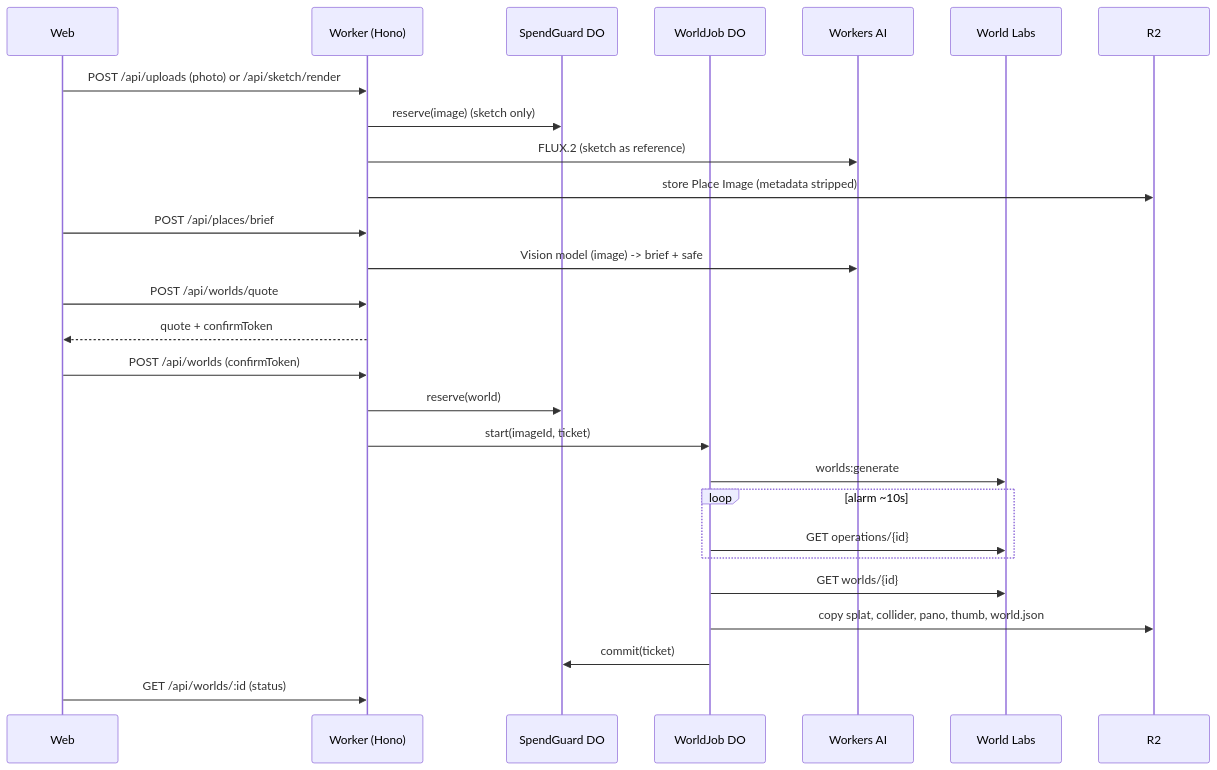
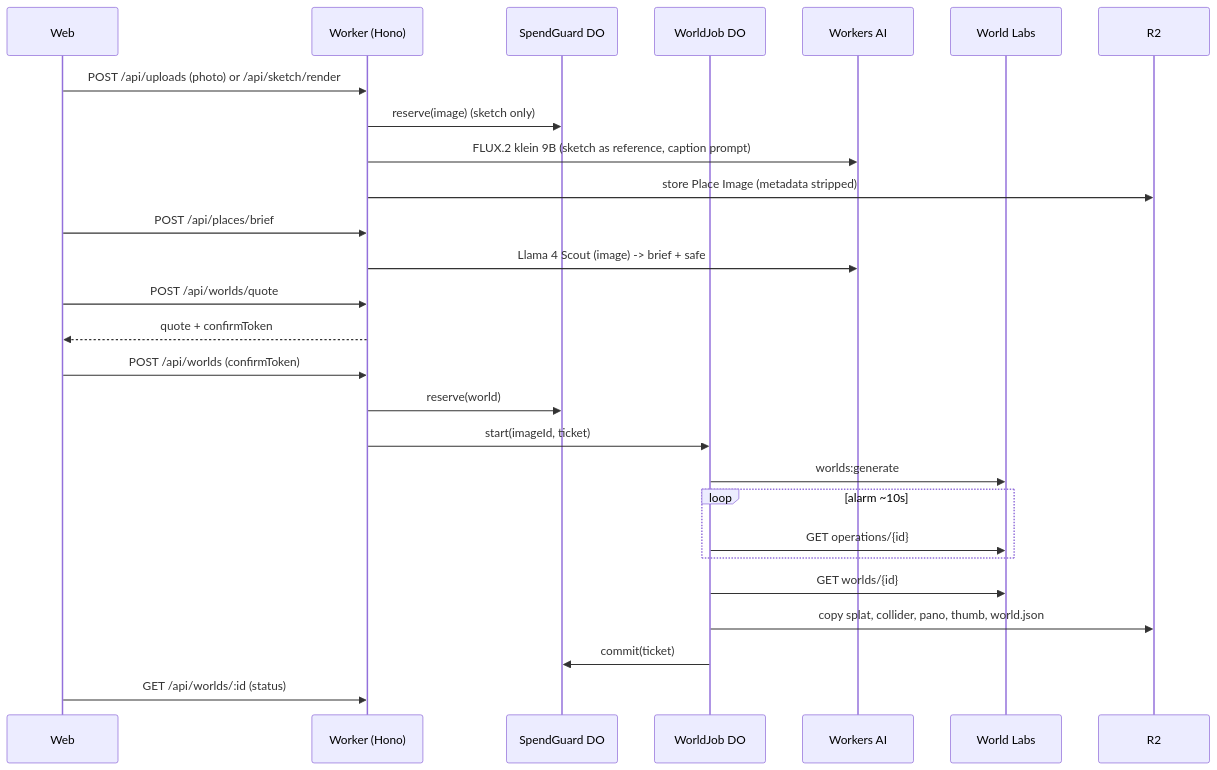
The diagram in .kiro/specs/world-pipeline/design.md (diydan/hauntology), drawn with Mermaid before and after one commit. The commit also changed other lines of this file and 81 other files, not shown here.

````diff
--- a/.kiro/specs/world-pipeline/design.md
+++ b/.kiro/specs/world-pipeline/design.md
@@ -15,30 +15,30 @@
 ```mermaid
 sequenceDiagram
   participant W as Web
   participant A as Worker (Hono)
   participant G as SpendGuard DO
   participant J as WorldJob DO
   participant B as Workers AI
   participant L as World Labs
   participant R as R2
 
   W->>A: POST /api/uploads (photo) or /api/sketch/render
   A->>G: reserve(image)  (sketch only)
-  A->>B: FLUX.2 (sketch as reference)
+  A->>B: FLUX.2 klein 9B (sketch as reference, caption prompt)
   A->>R: store Place Image (metadata stripped)
   W->>A: POST /api/places/brief
-  A->>B: Vision model (image) -> brief + safe
+  A->>B: Llama 4 Scout (image) -> brief + safe
   W->>A: POST /api/worlds/quote
   A-->>W: quote + confirmToken
   W->>A: POST /api/worlds (confirmToken)
   A->>G: reserve(world)
   A->>J: start(imageId, ticket)
   J->>L: worlds:generate
   loop alarm ~10s
     J->>L: GET operations/{id}
   end
   J->>L: GET worlds/{id}
   J->>R: copy splat, collider, pano, thumb, world.json
   J->>G: commit(ticket)
   W->>A: GET /api/worlds/:id (status)
 ```
````
